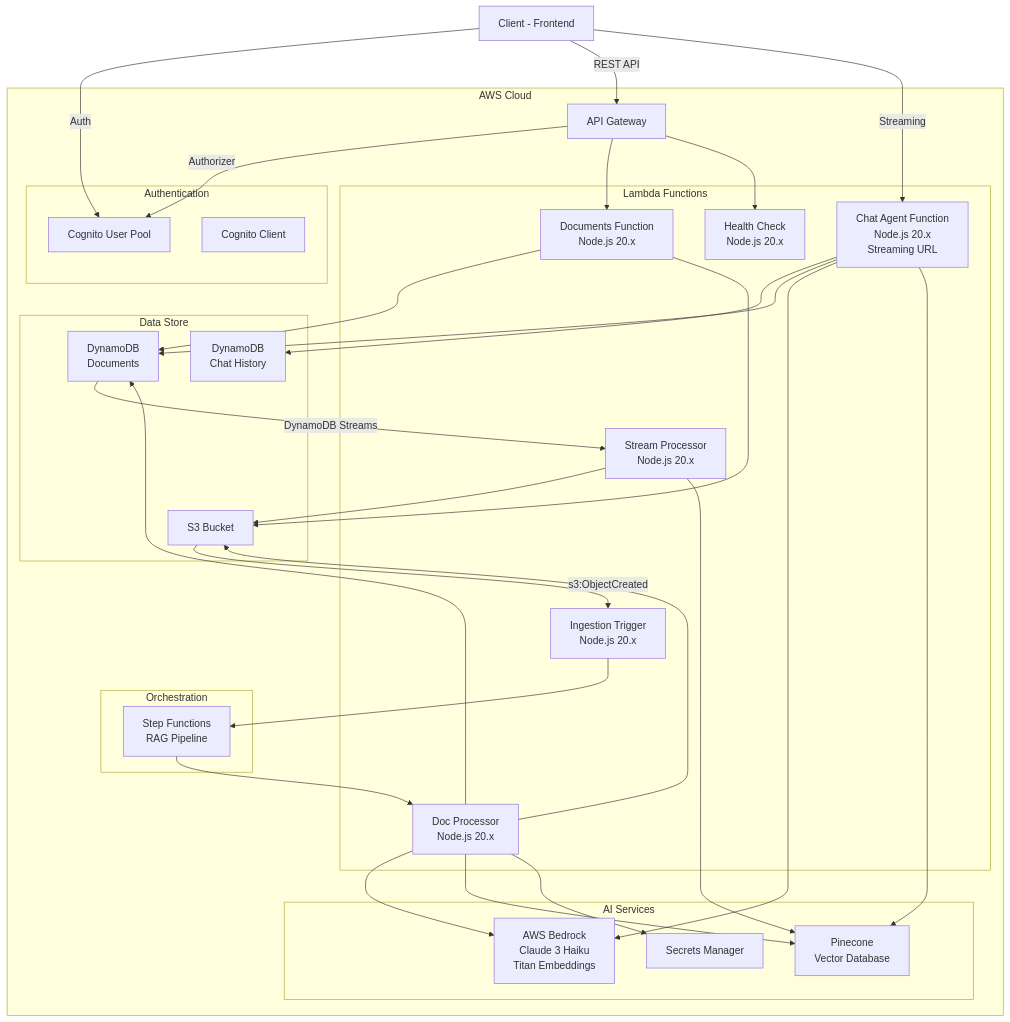
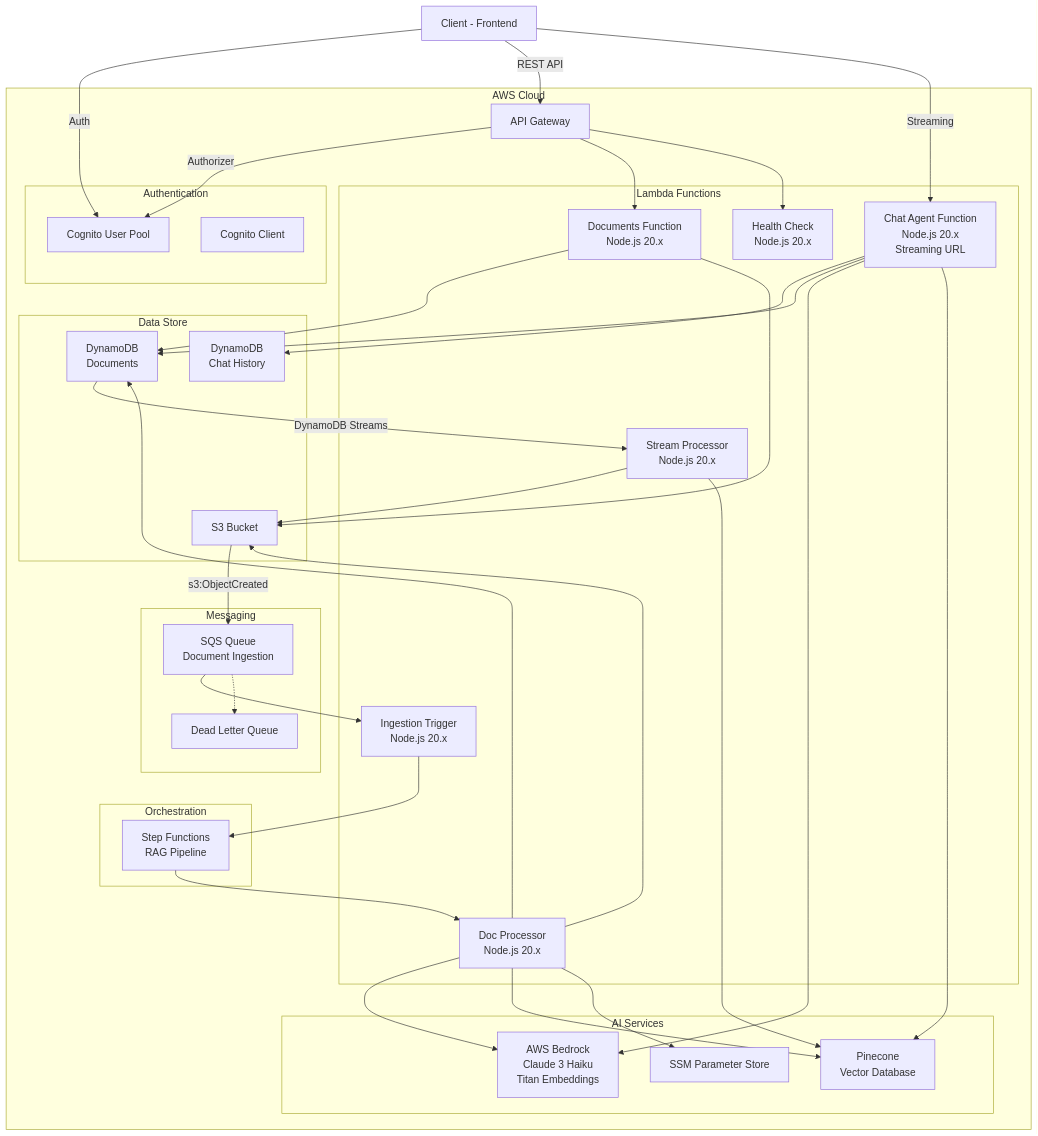
One commit to r-serori/myelinbase-backend changed the diagram in infrastructure/README.md. Above: the diagram before and after it, drawn with Mermaid. The commit also changed other lines of this file and 1 other file, not shown here.

```diff
--- a/infrastructure/README.md
+++ b/infrastructure/README.md
@@ -44,6 +44,12 @@
             ChatTable[DynamoDB<br/>Chat History]
         end
 
+        %% Messaging
+        subgraph "Messaging"
+            SQS[SQS Queue<br/>Document Ingestion]
+            DLQ[Dead Letter Queue]
+        end
+
         %% Workflow
         subgraph "Orchestration"
             SFN[Step Functions<br/>RAG Pipeline]
@@ -53,7 +59,7 @@
         subgraph "AI Services"
             Bedrock[AWS Bedrock<br/>Claude 3 Haiku<br/>Titan Embeddings]
             Pinecone[Pinecone<br/>Vector Database]
-            Secrets[Secrets Manager]
+            SSM[SSM Parameter Store]
         end
     end
 
@@ -74,7 +80,9 @@
     ChatFn --> Bedrock
     ChatFn --> Pinecone
 
-    S3Bucket -->|s3:ObjectCreated| TriggerFn
+    S3Bucket -->|s3:ObjectCreated| SQS
+    SQS --> TriggerFn
+    SQS -.-> DLQ
     TriggerFn --> SFN
 
     SFN --> ProcFn
@@ -82,7 +90,7 @@
     ProcFn --> DocTable
     ProcFn --> Bedrock
     ProcFn --> Pinecone
-    ProcFn --> Secrets
+    ProcFn --> SSM
 
     DocTable -->|DynamoDB Streams| StreamProcFn
     StreamProcFn --> S3Bucket
```
